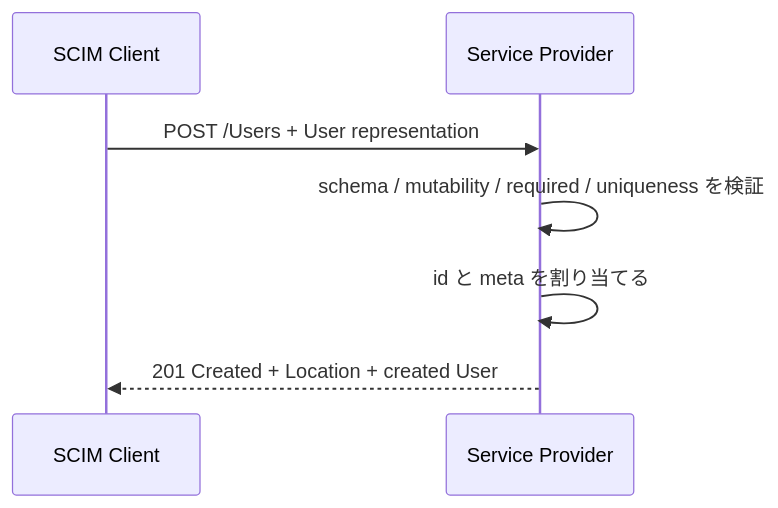
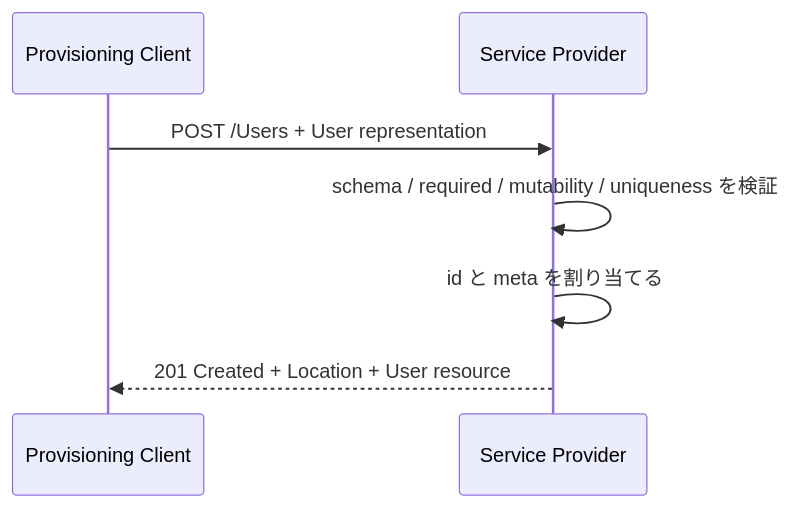
One commit to nbifrye/1548d6d9-8655-48d3-817f-d41469b6b27e changed the second of 4 diagrams in _posts/2026-09-18-scim-core-concepts.md. Above: the diagram before and after it, drawn with Mermaid. The commit also changed other lines of this file, not shown here.

Commit message:
Reframe SCIM article around the User resource lifecycle

```diff
--- a/_posts/2026-09-18-scim-core-concepts.md
+++ b/_posts/2026-09-18-scim-core-concepts.md
@@ -106,9 +77,9 @@
 <pre class="mermaid">
 sequenceDiagram
-    participant C as SCIM Client
+    participant C as Provisioning Client
     participant SP as Service Provider
     C->>SP: POST /Users + User representation
-    SP->>SP: schema / mutability / required / uniqueness を検証
+    SP->>SP: schema / required / mutability / uniqueness を検証
     SP->>SP: id と meta を割り当てる
-    SP-->>C: 201 Created + Location + created User
+    SP-->>C: 201 Created + Location + User resource
 </pre>
```
